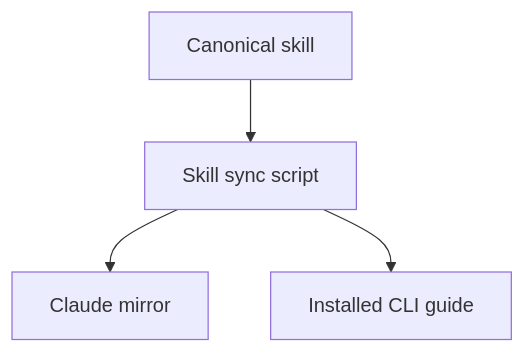
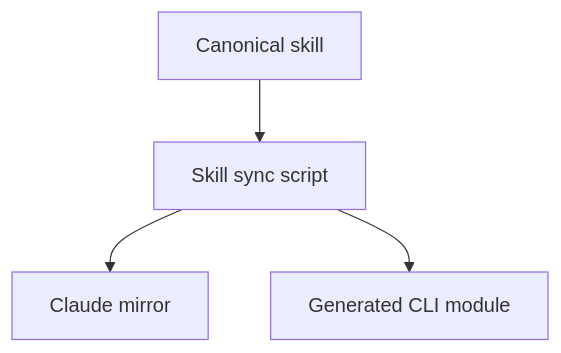
Before and after one commit to cpheinrich/morpheus: the diagram in docs/visual-planning.md, drawn with Mermaid.

Commit message:
Label the CLI module as the script output

````diff
--- a/docs/visual-planning.md
+++ b/docs/visual-planning.md
@@ -20,6 +20,6 @@
 ```mermaid
 flowchart TB
   Canonical[Canonical skill] --> Sync[Skill sync script]
   Sync --> Mirror[Claude mirror]
-  Sync --> CLI[Installed CLI guide]
+  Sync --> CLI[Generated CLI module]
 ```
````
